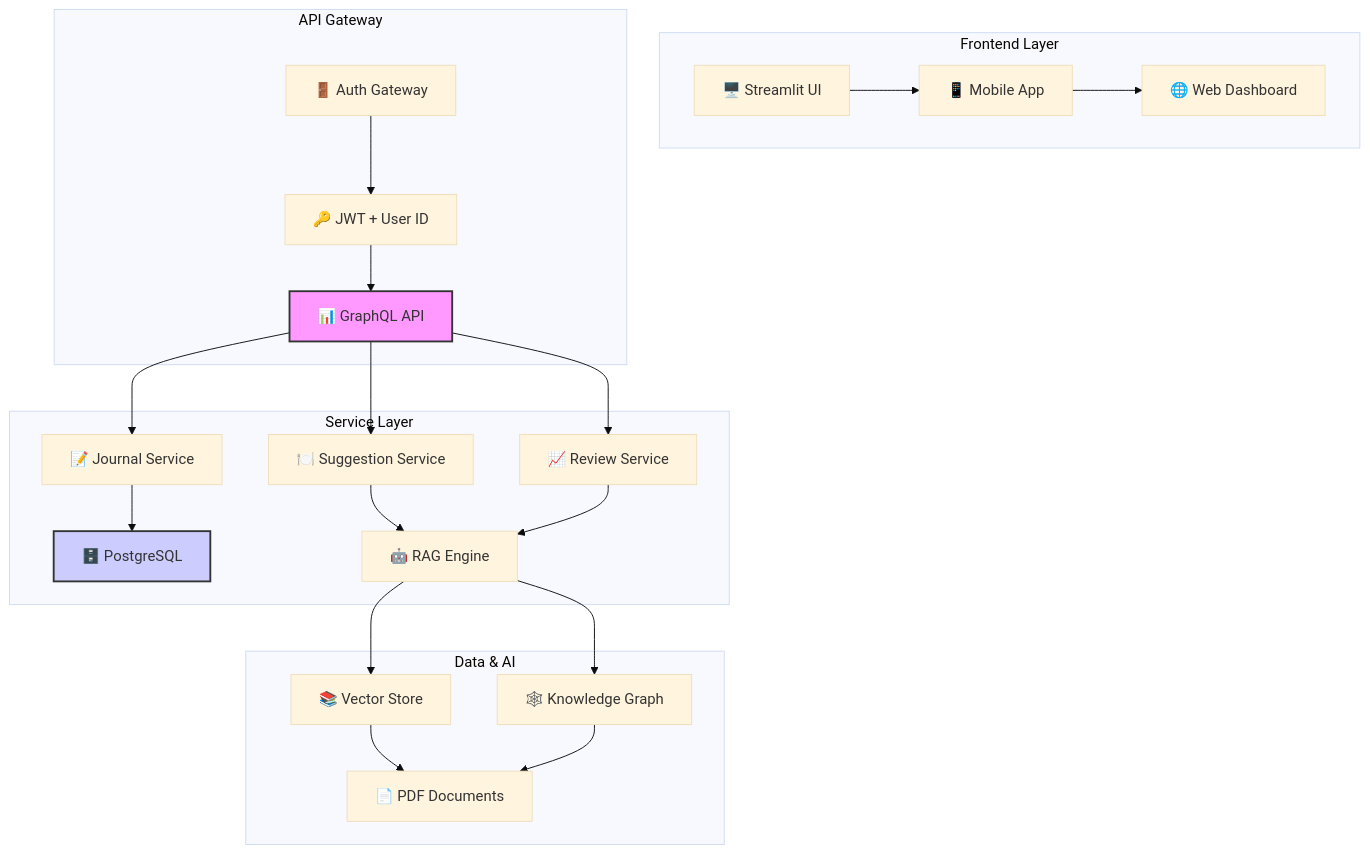
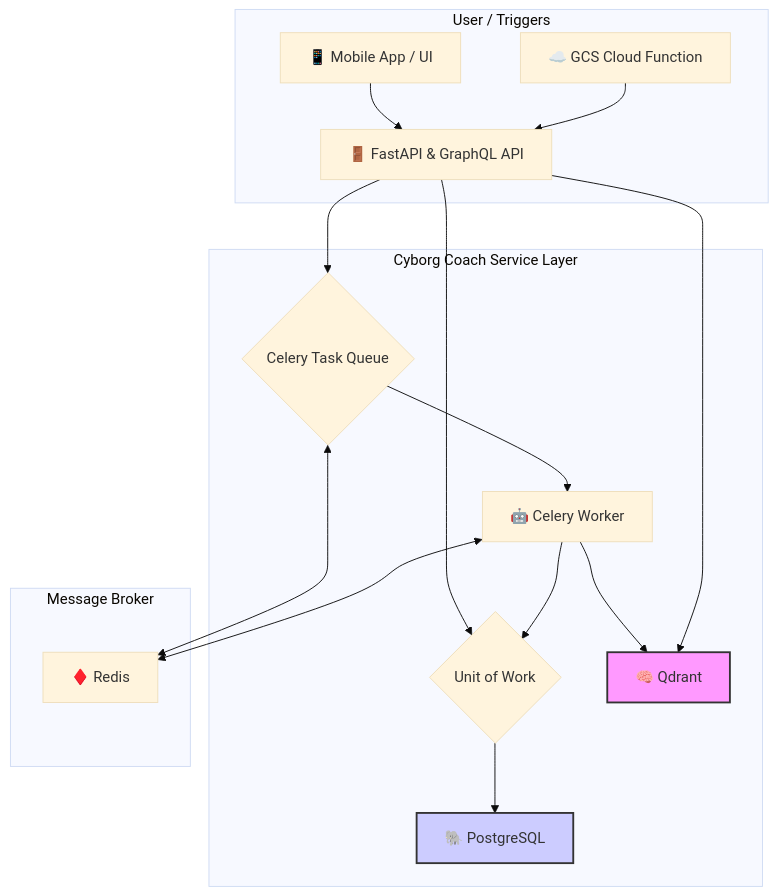
One commit to Peleke/MindMirror changed the diagram in README.md. Above: the diagram before and after it, drawn with Mermaid (base theme). The commit also changed other lines of this file, not shown here.

````diff
--- a/README.md
+++ b/README.md
@@ -20,31 +19,27 @@
 ```mermaid
 graph TD
-    subgraph "Frontend Layer"
-        A[🖥️ Streamlit UI] --> B[📱 Mobile App];
-        B --> C[🌐 Web Dashboard];
+    subgraph "User / Triggers"
+        A[📱 Mobile App / UI] --> B;
+        C[☁️ GCS Cloud Function] --> B;
     end
 
-    subgraph "API Gateway"
-        D[🚪 Auth Gateway] --> E[🔑 JWT + User ID];
-        E --> F[📊 GraphQL API];
+    subgraph "Cyborg Coach Service Layer"
+        B[🚪 FastAPI & GraphQL API] --> D{Unit of Work};
+        B --> E{Celery Task Queue};
+
+        D --> F[🐘 PostgreSQL];
+        E --> G[🤖 Celery Worker];
+
+        G --> D;
+        G --> H[🧠 Qdrant];
+        B --> H;
     end
 
-    subgraph "Service Layer"
-        F --> G[📝 Journal Service];
-        F --> H[🍽️ Suggestion Service];
-        F --> I[📈 Review Service];
-        G --> J[🗄️ PostgreSQL];
-        H --> K[🤖 RAG Engine];
-        I --> K;
+    subgraph "Message Broker"
+        E <--> I[♦️ Redis];
+        G <--> I;
     end
 
-    subgraph "Data & AI"
-        K --> L[📚 Vector Store];
-        K --> M[🕸️ Knowledge Graph];
-        L --> N[📄 PDF Documents];
-        M --> N;
-    end
-
-    style F fill:#f9f,stroke:#333,stroke-width:2px
-    style J fill:#ccf,stroke:#333,stroke-width:2px
+    style F fill:#ccf,stroke:#333,stroke-width:2px
+    style H fill:#f9f,stroke:#333,stroke-width:2px
 ```
````
